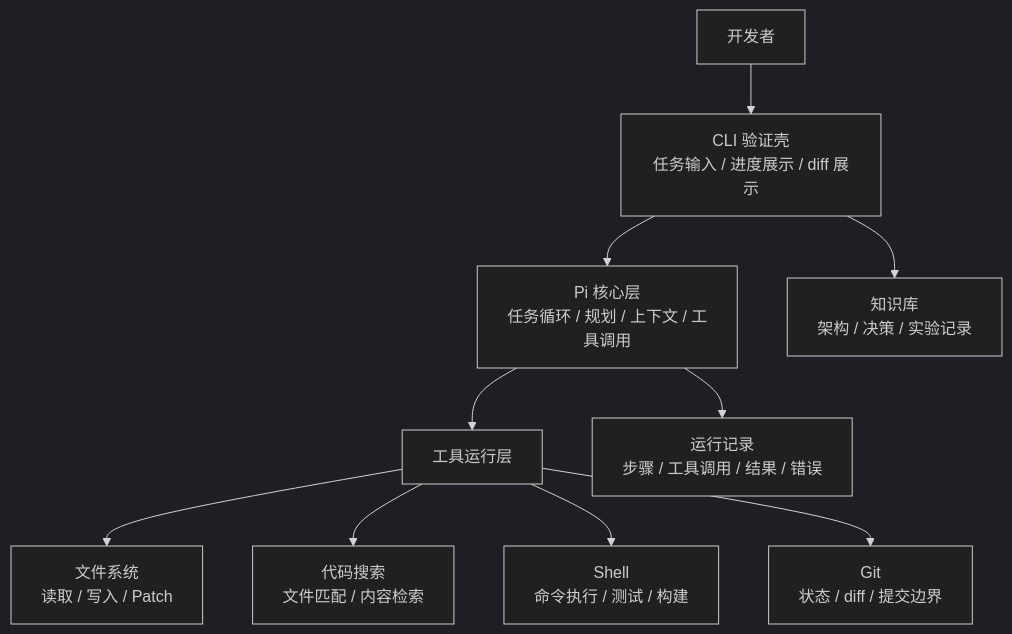
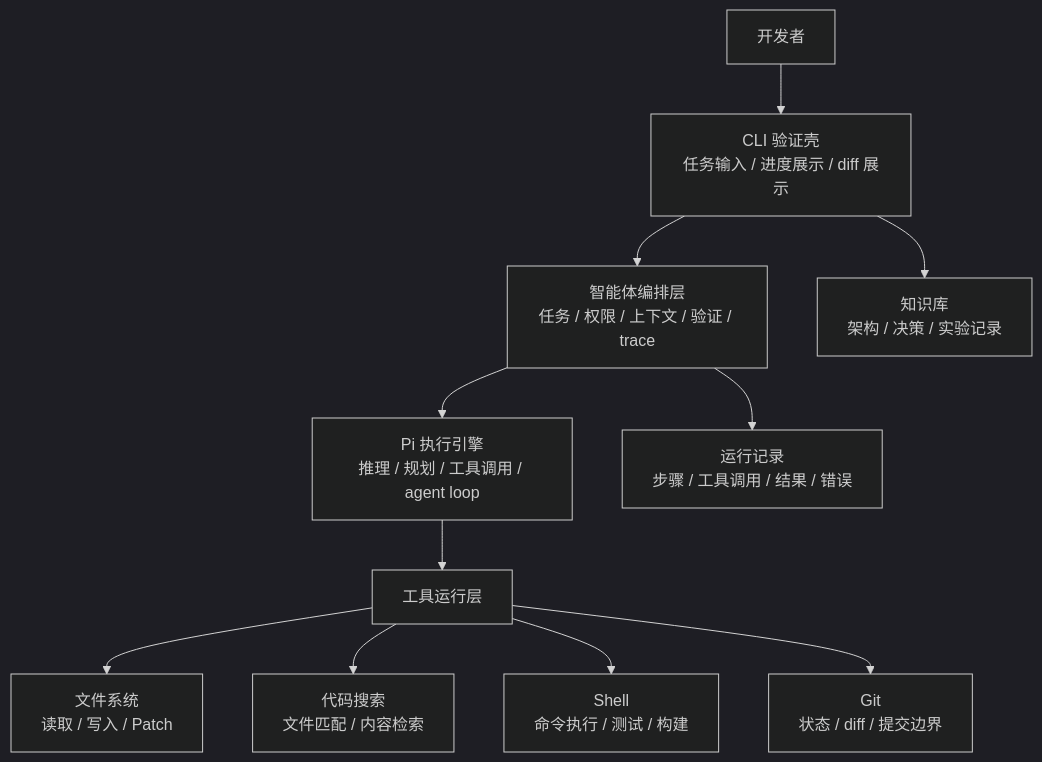
The first of 2 diagrams in wiki/architecture.md (CrazyMrYan/potato-agent), drawn with Mermaid (dark theme) before and after one commit. The commit also changed other lines of this file and 1 other file, not shown here.

````diff
--- a/wiki/architecture.md
+++ b/wiki/architecture.md
@@ -55,12 +61,13 @@
 ```mermaid
 flowchart TB
     User["开发者"] --> CLI["CLI 验证壳<br/>任务输入 / 进度展示 / diff 展示"]
-    CLI --> Pi["Pi 核心层<br/>任务循环 / 规划 / 上下文 / 工具调用"]
+    CLI --> Orchestrator["智能体编排层<br/>任务 / 权限 / 上下文 / 验证 / trace"]
+    Orchestrator --> Pi["Pi 执行引擎<br/>推理 / 规划 / 工具调用 / agent loop"]
     Pi --> Tools["工具运行层"]
     Tools --> FS["文件系统<br/>读取 / 写入 / Patch"]
     Tools --> Search["代码搜索<br/>文件匹配 / 内容检索"]
     Tools --> Shell["Shell<br/>命令执行 / 测试 / 构建"]
     Tools --> Git["Git<br/>状态 / diff / 提交边界"]
-    Pi --> Trace["运行记录<br/>步骤 / 工具调用 / 结果 / 错误"]
+    Orchestrator --> Trace["运行记录<br/>步骤 / 工具调用 / 结果 / 错误"]
     CLI --> Wiki["知识库<br/>架构 / 决策 / 实验记录"]
 ```
````
